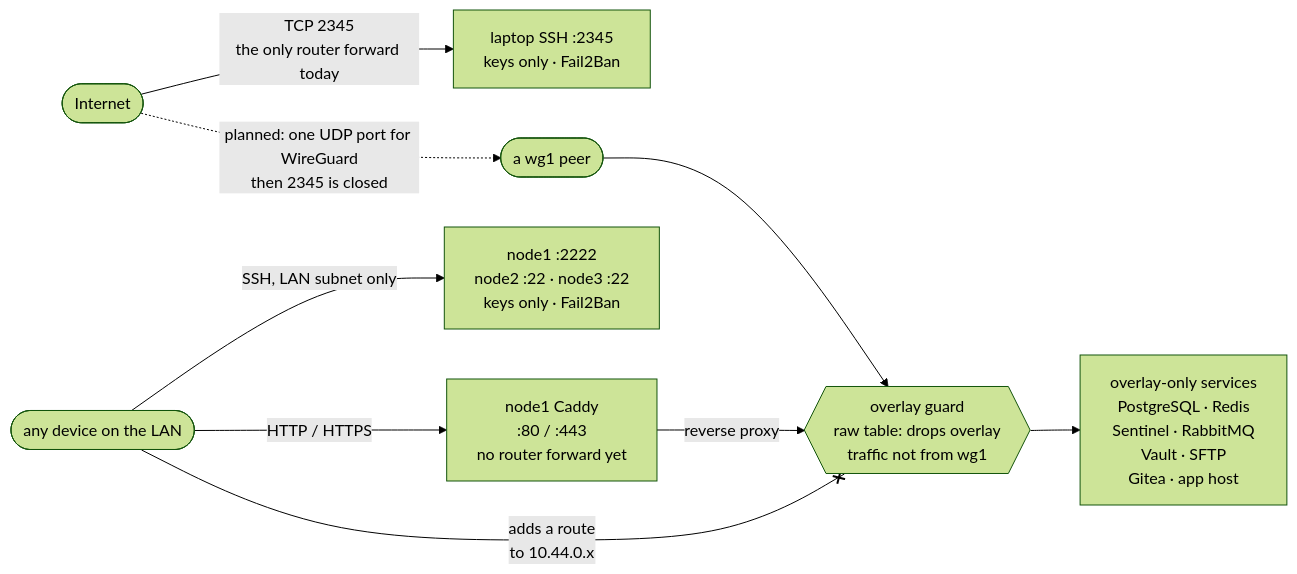
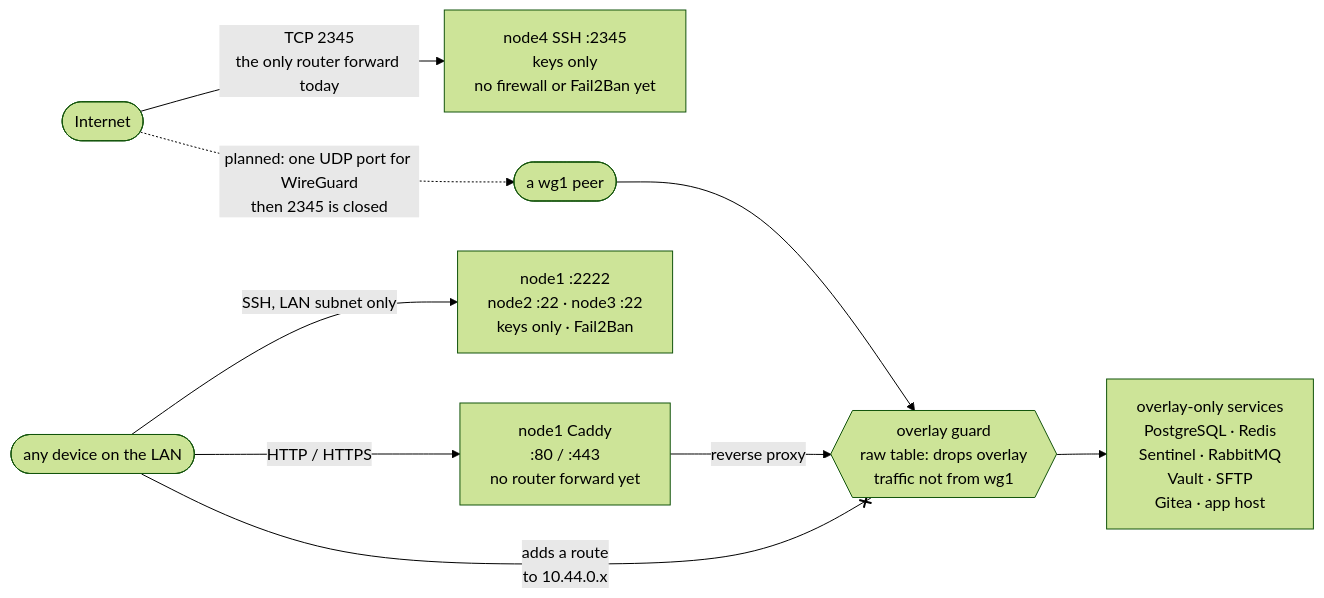
One commit to vpetukhov-wbss/homelab-infrastructure changed the fourth of 8 diagrams in README.md. Above: the diagram before and after it, drawn with Mermaid (forest theme). The commit also changed other lines of this file and 4 other files, not shown here.

```diff
--- a/README.md
+++ b/README.md
@@ -111,16 +111,16 @@
 ~~~mermaid
 flowchart LR
     internet(["Internet"])
     lanhost(["any device on the LAN"])
     peer(["a wg1 peer"])
 
-    internet -- "TCP 2345<br/>the only router forward today" --> laptop["laptop SSH :2345<br/>keys only · Fail2Ban"]
+    internet -- "TCP 2345<br/>the only router forward today" --> laptop["node4 SSH :2345<br/>keys only<br/>no firewall or Fail2Ban yet"]
     internet -. "planned: one UDP port for WireGuard<br/>then 2345 is closed" .-> peer
 
     lanhost -- "SSH, LAN subnet only" --> nodessh["node1 :2222<br/>node2 :22 · node3 :22<br/>keys only · Fail2Ban"]
     lanhost -- "HTTP / HTTPS" --> caddy["node1 Caddy<br/>:80 / :443<br/>no router forward yet"]
     lanhost -- "adds a route<br/>to 10.44.0.x" --x guard{{"overlay guard<br/>raw table: drops overlay<br/>traffic not from wg1"}}
     peer --> guard
     caddy -- "reverse proxy" --> guard
     guard --> svc["overlay-only services<br/>PostgreSQL · Redis<br/>Sentinel · RabbitMQ<br/>Vault · SFTP<br/>Gitea · app host"]
 ~~~
```
